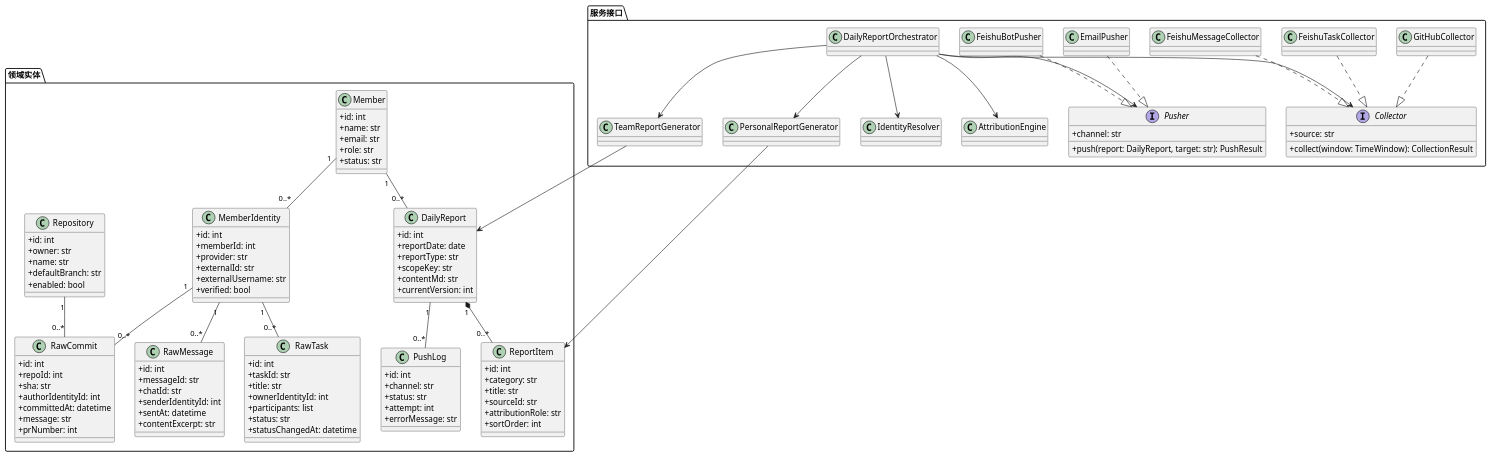
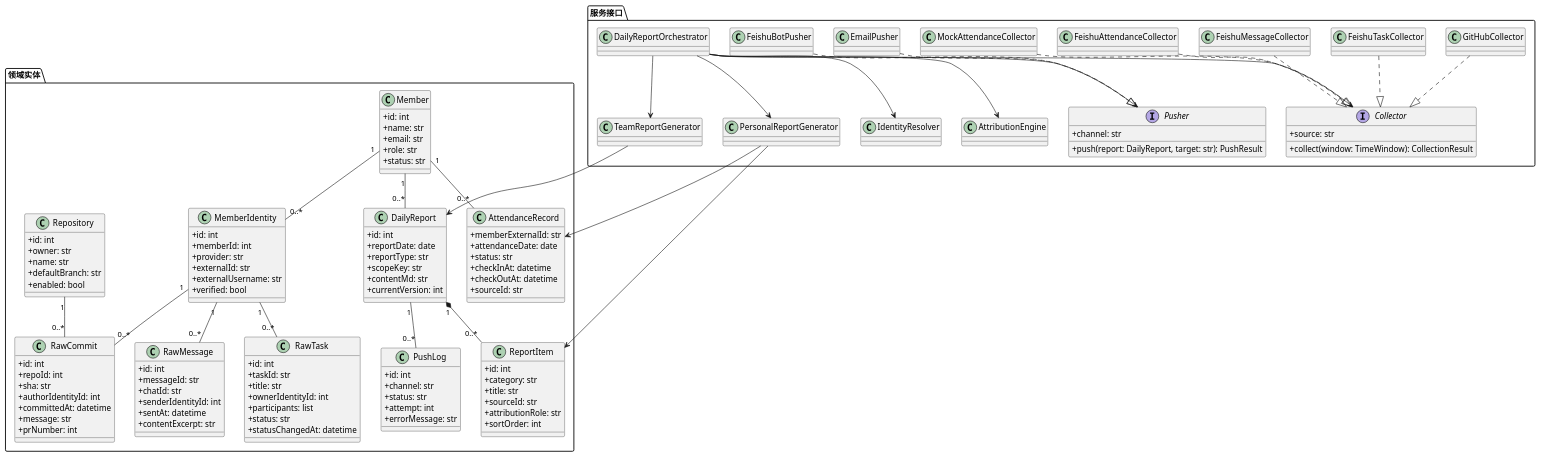
One commit to lixiyi111/WorkDailyReport changed the diagram in v1-sdd/specs/uml/class.puml. Above: the diagram before and after it, drawn with PlantUML. The commit also changed 12 other files, not shown here.

```diff
--- a/v1-sdd/specs/uml/class.puml
+++ b/v1-sdd/specs/uml/class.puml
@@ -1,135 +1,150 @@
 @startuml
 ' 智能日报生成器 · 类图
 skinparam classAttributeIconSize 0
 
 package "领域实体" {
   class Member {
     +id: int
     +name: str
     +email: str
     +role: str
     +status: str
   }
 
   class MemberIdentity {
     +id: int
     +memberId: int
     +provider: str
     +externalId: str
     +externalUsername: str
     +verified: bool
   }
 
   class Repository {
     +id: int
     +owner: str
     +name: str
     +defaultBranch: str
     +enabled: bool
   }
 
   class RawCommit {
     +id: int
     +repoId: int
     +sha: str
     +authorIdentityId: int
     +committedAt: datetime
     +message: str
     +prNumber: int
   }
 
   class RawTask {
     +id: int
     +taskId: str
     +title: str
     +ownerIdentityId: int
     +participants: list
     +status: str
     +statusChangedAt: datetime
   }
 
   class RawMessage {
     +id: int
     +messageId: str
     +chatId: str
     +senderIdentityId: int
     +sentAt: datetime
     +contentExcerpt: str
   }
 
   class DailyReport {
     +id: int
     +reportDate: date
     +reportType: str
     +scopeKey: str
     +contentMd: str
     +currentVersion: int
   }
 
   class ReportItem {
     +id: int
     +category: str
     +title: str
     +sourceId: str
     +attributionRole: str
     +sortOrder: int
   }
 
   class PushLog {
     +id: int
     +channel: str
     +status: str
     +attempt: int
     +errorMessage: str
   }
+
+  class AttendanceRecord {
+    +memberExternalId: str
+    +attendanceDate: date
+    +status: str
+    +checkInAt: datetime
+    +checkOutAt: datetime
+    +sourceId: str
+  }
 }
 
 Member "1" -- "0..*" MemberIdentity
 Member "1" -- "0..*" DailyReport
+Member "1" -- "0..*" AttendanceRecord
 Repository "1" -- "0..*" RawCommit
 MemberIdentity "1" -- "0..*" RawCommit
 MemberIdentity "1" -- "0..*" RawTask
 MemberIdentity "1" -- "0..*" RawMessage
 DailyReport "1" *-- "0..*" ReportItem
 DailyReport "1" -- "0..*" PushLog
 
 package "服务接口" {
   interface Collector {
     +source: str
     +collect(window: TimeWindow): CollectionResult
   }
 
   interface Pusher {
     +channel: str
     +push(report: DailyReport, target: str): PushResult
   }
 
   class GitHubCollector
   class FeishuTaskCollector
   class FeishuMessageCollector
+  class FeishuAttendanceCollector
+  class MockAttendanceCollector
   class IdentityResolver
   class AttributionEngine
   class PersonalReportGenerator
   class TeamReportGenerator
   class EmailPusher
   class FeishuBotPusher
   class DailyReportOrchestrator
 }
 
 GitHubCollector ..|> Collector
 FeishuTaskCollector ..|> Collector
 FeishuMessageCollector ..|> Collector
+FeishuAttendanceCollector ..|> Collector
+MockAttendanceCollector ..|> Collector
 EmailPusher ..|> Pusher
 FeishuBotPusher ..|> Pusher
 
 DailyReportOrchestrator --> Collector
 DailyReportOrchestrator --> IdentityResolver
 DailyReportOrchestrator --> AttributionEngine
 DailyReportOrchestrator --> PersonalReportGenerator
 DailyReportOrchestrator --> TeamReportGenerator
 DailyReportOrchestrator --> Pusher
 
 PersonalReportGenerator --> ReportItem
+PersonalReportGenerator --> AttendanceRecord
 TeamReportGenerator --> DailyReport
 
 @enduml
```
